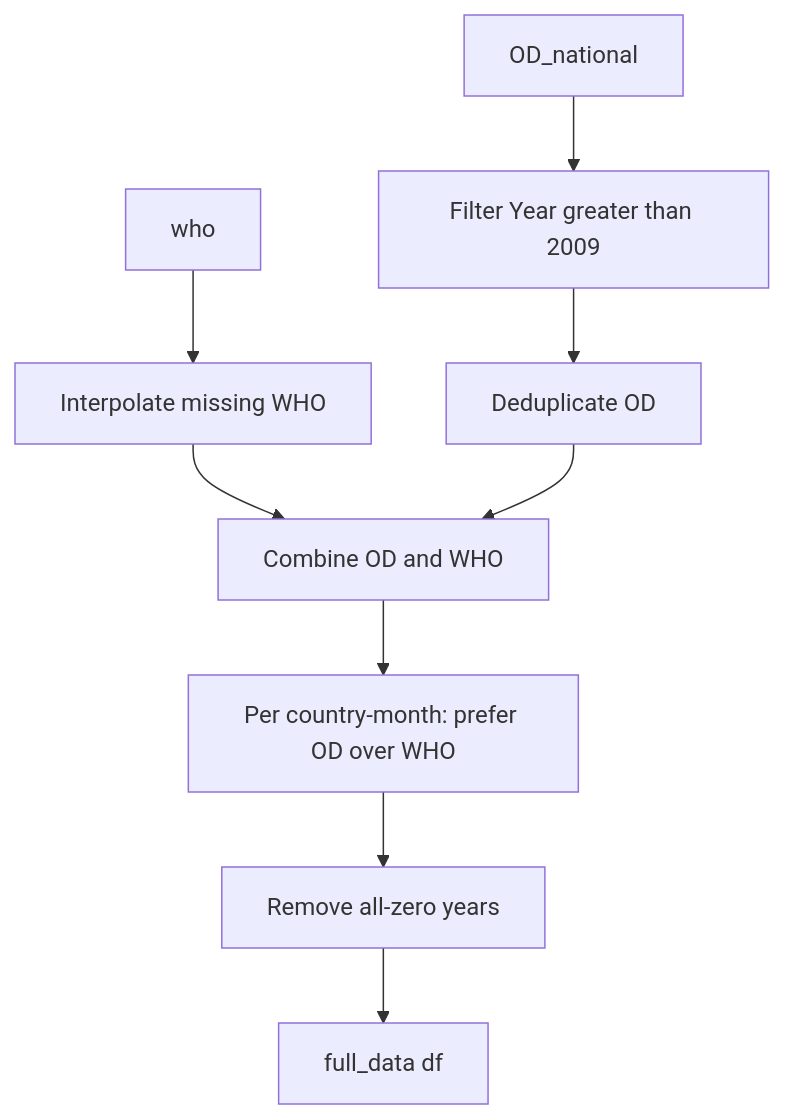
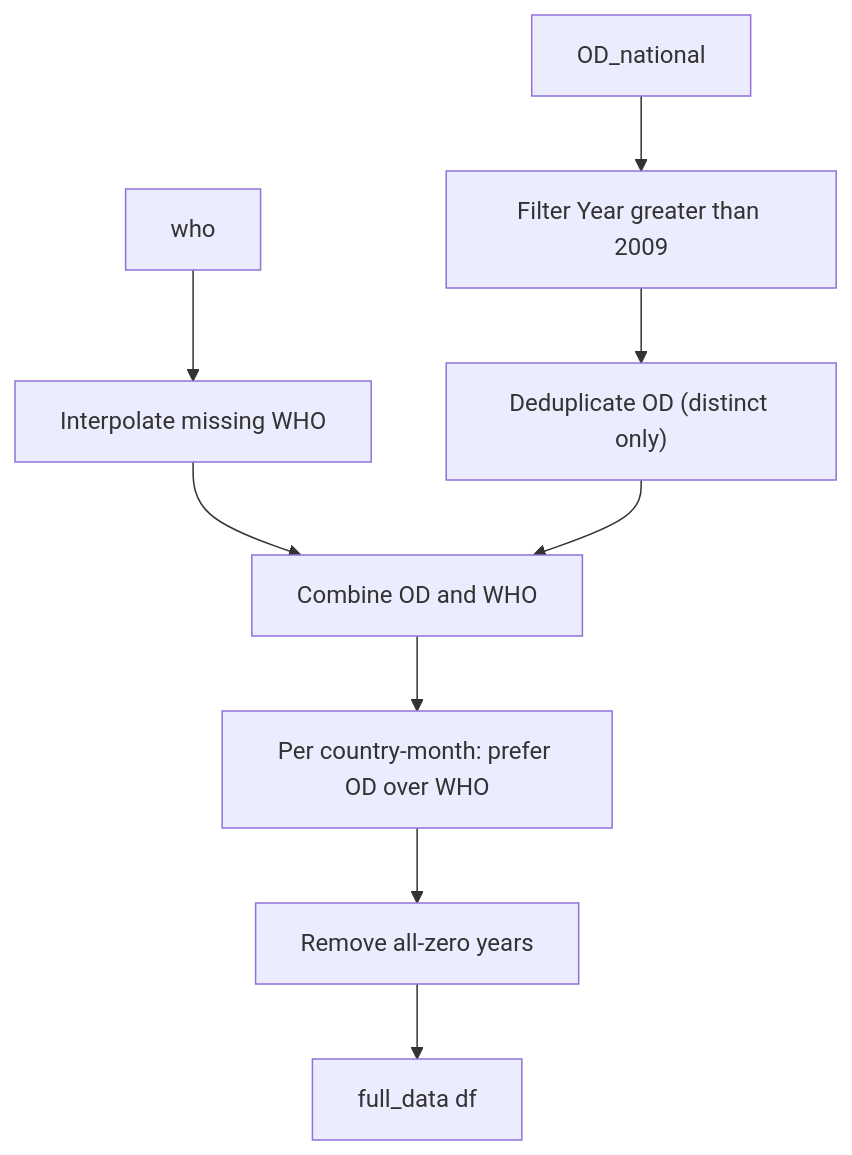
The third of 19 diagrams in observatory_methods_report.md (DengueGlobalObservatory/DENV_global_observatory), drawn with Mermaid before and after one commit. The commit also changed other lines of this file, not shown here.

````diff
--- a/observatory_methods_report.md
+++ b/observatory_methods_report.md
@@ -92,11 +92,11 @@
 ``` mermaid
 flowchart TB
   OD[OD_national] --> FilterOD[Filter Year greater than 2009]
   WHO[who] --> InterpWHO[Interpolate missing WHO]
-  FilterOD --> Dedup[Deduplicate OD]
+  FilterOD --> Dedup["Deduplicate OD (distinct only)"]
   InterpWHO --> Combine[Combine OD and WHO]
   Dedup --> Combine
   Combine --> Prefer[Per country-month: prefer OD over WHO]
   Prefer --> RemoveZero[Remove all-zero years]
   RemoveZero --> full_data[full_data df]
 ```
````
